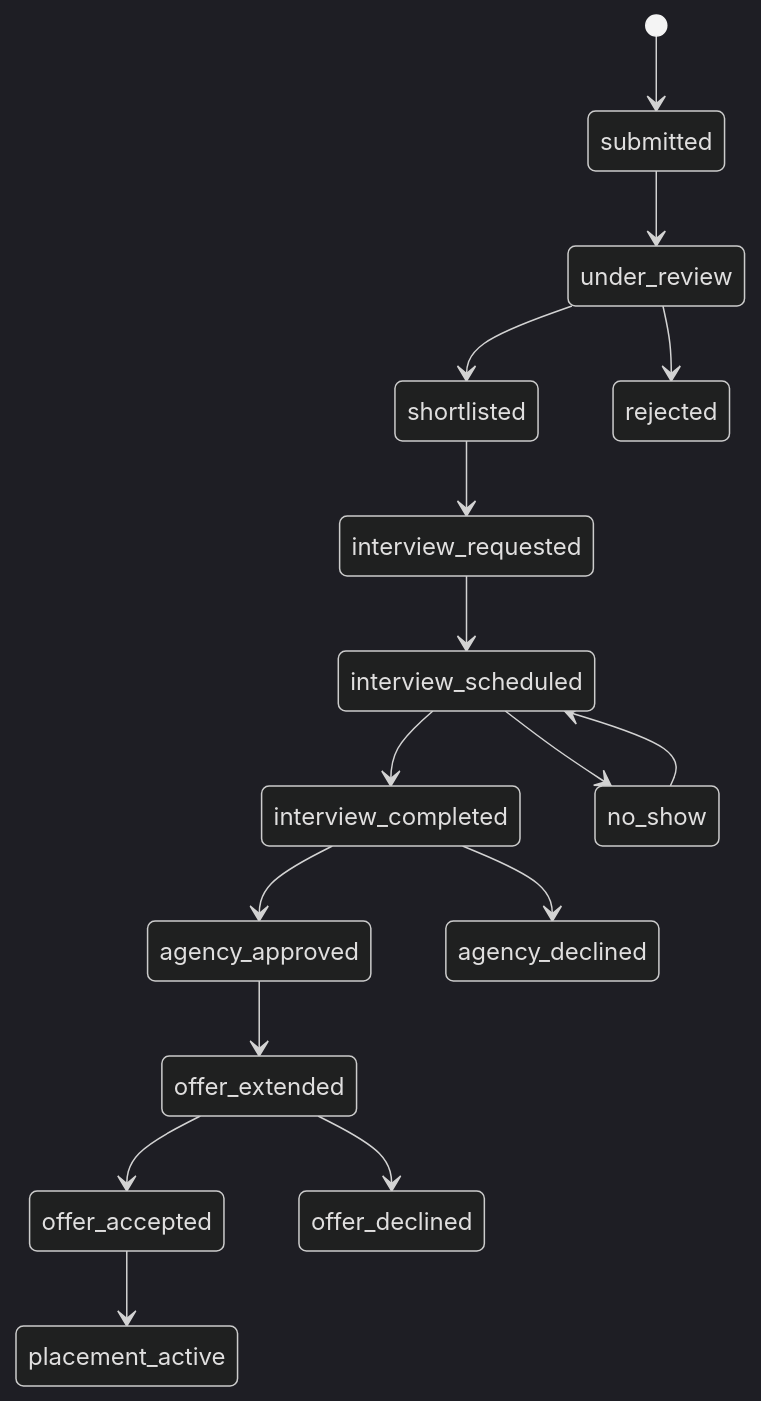
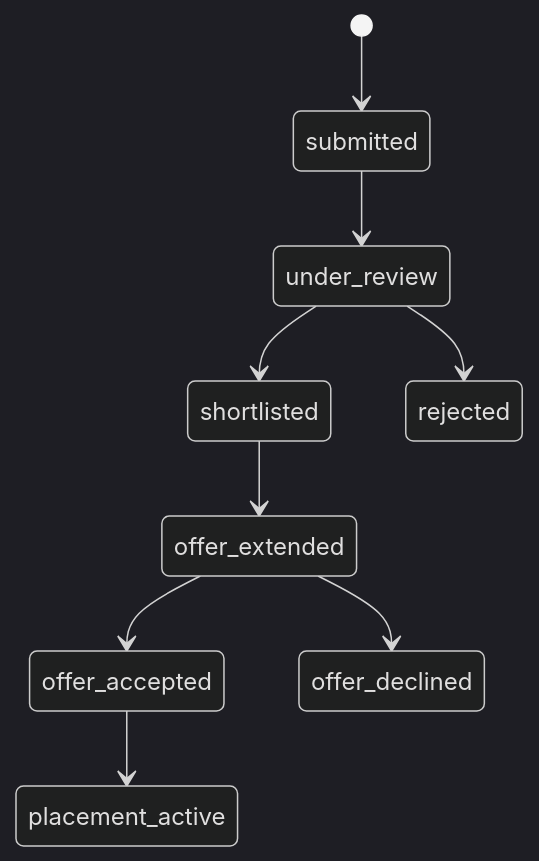
The fourth of 5 diagrams in docs/user-story.md (SteveWeed79/opp-eco), drawn with Mermaid (dark theme) before and after one commit. The commit also changed other lines of this file and 1 other file, not shown here.

````diff
--- a/docs/user-story.md
+++ b/docs/user-story.md
@@ -127,18 +182,11 @@
 ```mermaid
 stateDiagram-v2
     [*] --> submitted
     submitted --> under_review
     under_review --> shortlisted
     under_review --> rejected
-    shortlisted --> interview_requested
-    interview_requested --> interview_scheduled
-    interview_scheduled --> interview_completed
-    interview_scheduled --> no_show
-    no_show --> interview_scheduled
-    interview_completed --> agency_approved
-    interview_completed --> agency_declined
-    agency_approved --> offer_extended
+    shortlisted --> offer_extended
     offer_extended --> offer_accepted
     offer_extended --> offer_declined
     offer_accepted --> placement_active
 ```
````
